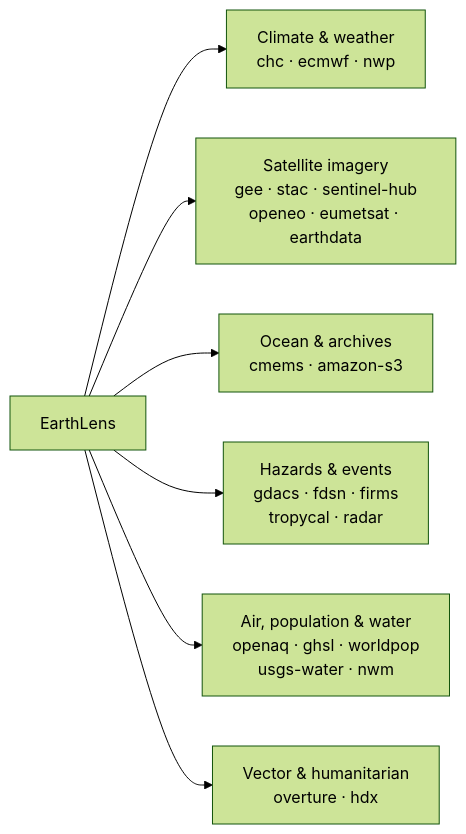
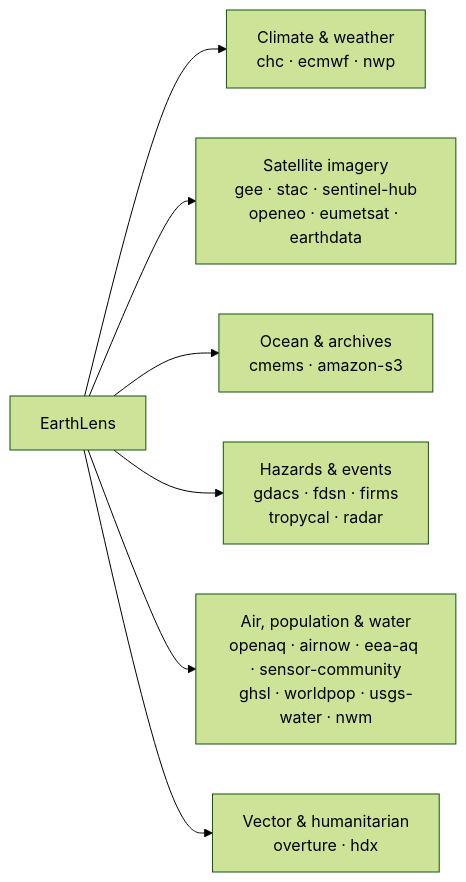
The diagram in docs/index.md (serapeum-org/earthlens), drawn with Mermaid (forest theme) before and after one commit. The commit also changed other lines of this file and 1 other file, not shown here.

Commit message:
docs: list airnow/eea-aq/sensor-community in the landing table + providers matrix
Add the three new air-quality backends to the docs/index.md data-source table and diagram and
to the reference/providers.md matrix (with auth/extra columns), and add AirNow +
Sensor.Community to the no-extra core-install list. Surfaced by /provider-audit.

````diff
--- a/docs/index.md
+++ b/docs/index.md
@@ -35,9 +35,9 @@
 ```mermaid
 graph LR
     EarthLens --> Climate["Climate & weather<br/>chc · ecmwf · nwp"]
     EarthLens --> Imagery["Satellite imagery<br/>gee · stac · sentinel-hub<br/>openeo · eumetsat · earthdata"]
     EarthLens --> Ocean["Ocean & archives<br/>cmems · amazon-s3"]
     EarthLens --> Hazards["Hazards & events<br/>gdacs · fdsn · firms<br/>tropycal · radar"]
-    EarthLens --> People["Air, population & water<br/>openaq · ghsl · worldpop<br/>usgs-water · nwm"]
+    EarthLens --> People["Air, population & water<br/>openaq · airnow · eea-aq · sensor-community<br/>ghsl · worldpop · usgs-water · nwm"]
     EarthLens --> Vector["Vector & humanitarian<br/>overture · hdx"]
 ```
````
